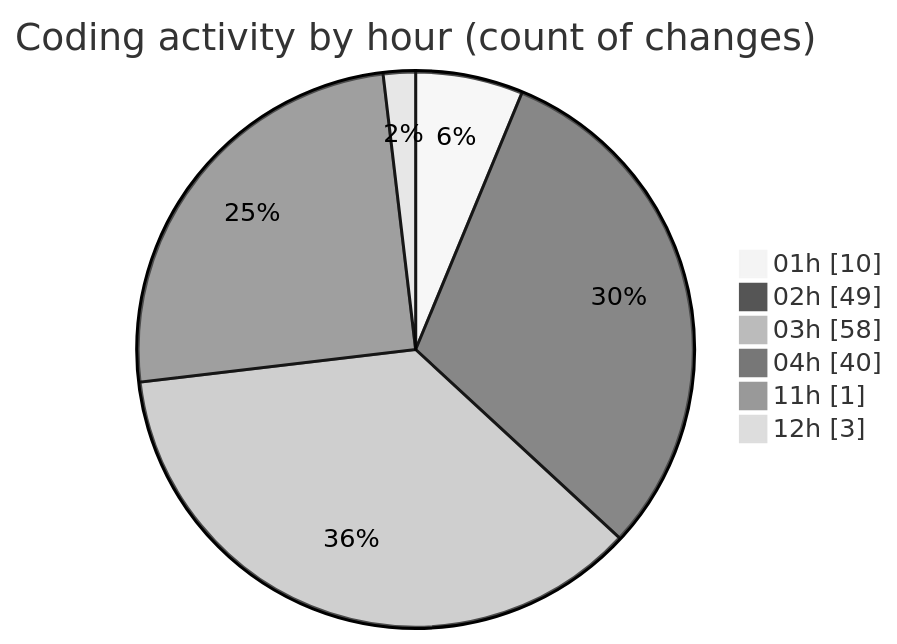
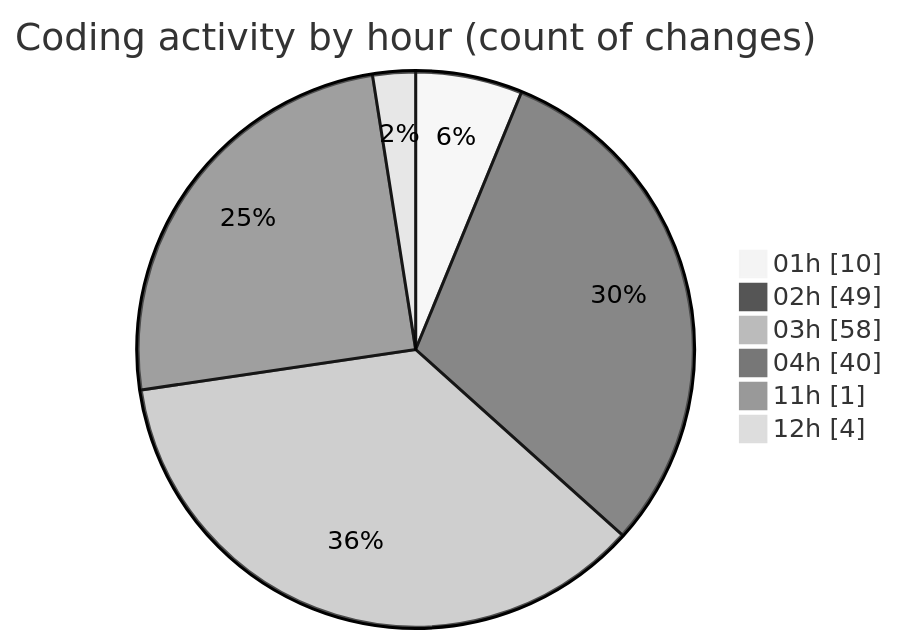
The second of 2 diagrams in 2025-11-21/eventscop-frontend-guide__workspace_/README.md (julien-gomy/code-tracking), drawn with Mermaid (neutral theme) before and after one commit. The commit also changed other lines of this file and 1 other file, not shown here.

````diff
--- a/2025-11-21/eventscop-frontend-guide__workspace_/README.md
+++ b/2025-11-21/eventscop-frontend-guide__workspace_/README.md
@@ -72,10 +72,10 @@
 ```mermaid
 pie showData
 title Coding activity by hour (count of changes)
 "01h" : 10
 "02h" : 49
 "03h" : 58
 "04h" : 40
 "11h" : 1
-"12h" : 3
+"12h" : 4
 ```
````
